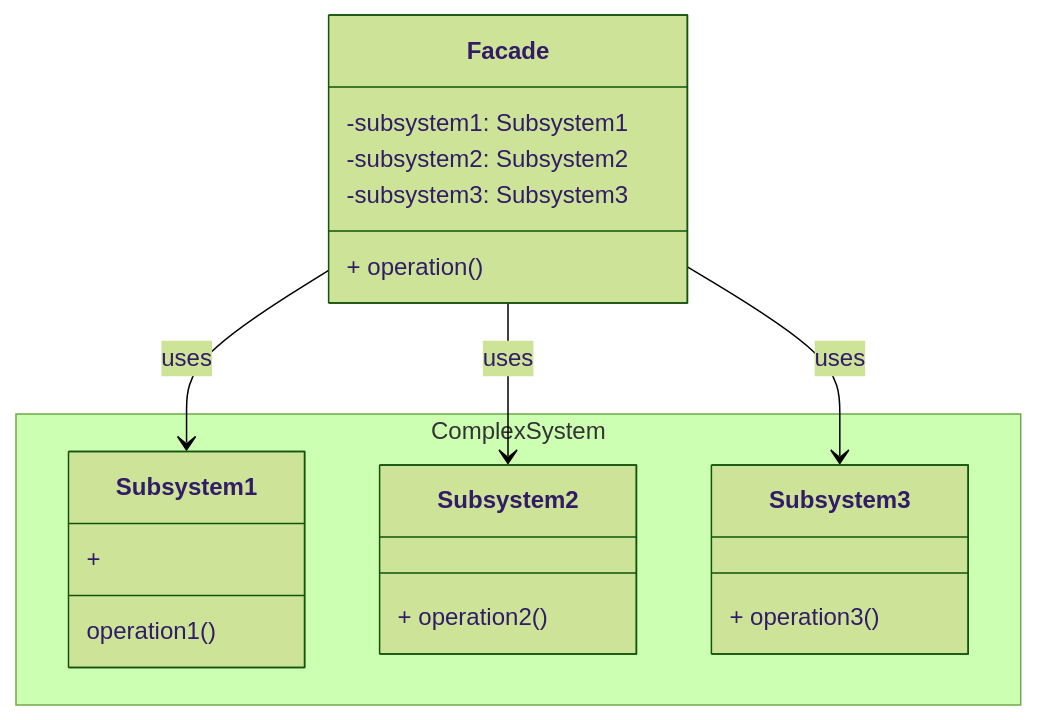
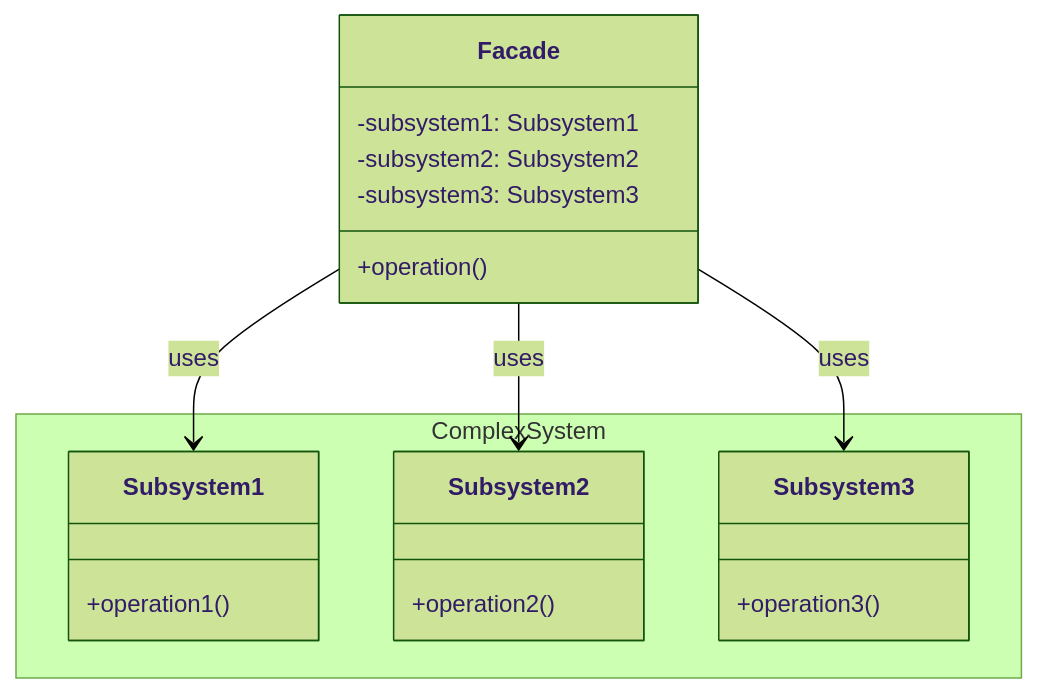
One commit to EliFuzz/tech-labs changed the tenth of 23 diagrams in docs/education/03-design-patterns/05-gof.mdx. Above: the diagram before and after it, drawn with Mermaid (forest theme). The commit also changed other lines of this file and 2 other files, not shown here.

````diff
--- a/docs/education/03-design-patterns/05-gof.mdx
+++ b/docs/education/03-design-patterns/05-gof.mdx
@@ -307,27 +351,26 @@
           ```mermaid
           classDiagram
           direction TB
+
           class Facade {
           -subsystem1: Subsystem1
           -subsystem2: Subsystem2
           -subsystem3: Subsystem3
-          + operation()
+          +operation()
         }
           namespace ComplexSystem {
-          class Subsystem1 {
-          +
-
-            operation1()
-          }
-          class Subsystem2 {
-          + operation2()
-        }
-          class Subsystem3 {
-          + operation3()
-        }
+            class Subsystem1 {
+              +operation1()
+            }
+            class Subsystem2 {
+              +operation2()
+            }
+            class Subsystem3 {
+              +operation3()
+            }
         }
 
           Facade --> Subsystem1 : uses
           Facade --> Subsystem2 : uses
           Facade --> Subsystem3 : uses
           ```
````
